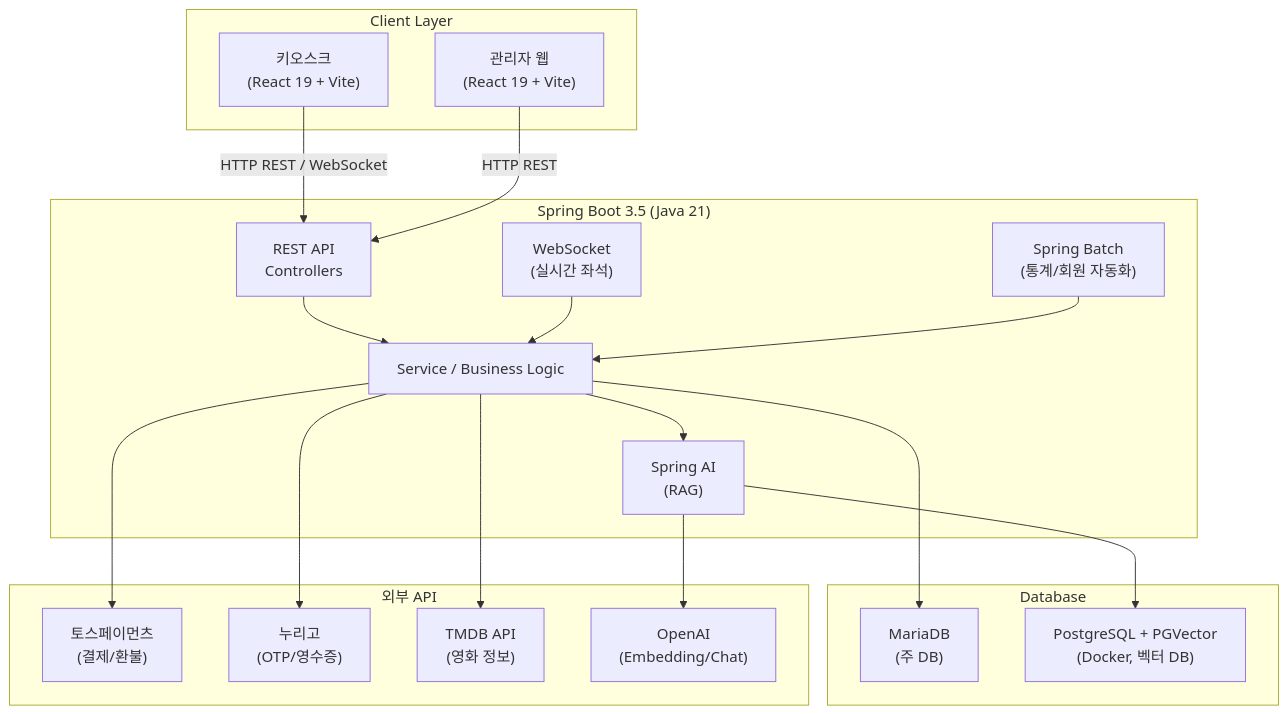
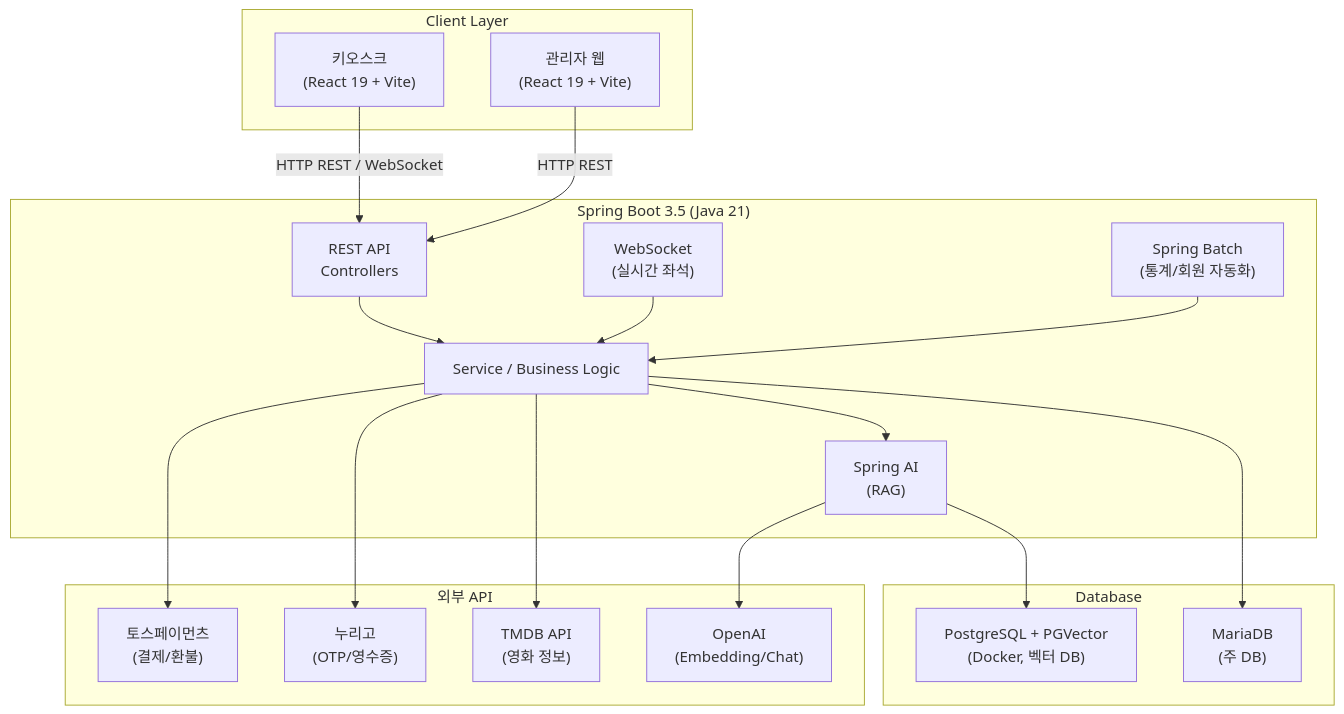
Before and after one commit to Polaris6000/cineos_view: the first of 3 diagrams in README.md, drawn with Mermaid. The commit also changed other lines of this file, not shown here.

````diff
--- a/README.md
+++ b/README.md
@@ -165,40 +218,40 @@
 ```mermaid
 graph TD
     subgraph Client["Client Layer"]
         K["키오스크\n(React 19 + Vite)"]
         A["관리자 웹\n(React 19 + Vite)"]
     end
 
     subgraph Server["Spring Boot 3.5 (Java 21)"]
         API["REST API\nControllers"]
         WS["WebSocket\n(실시간 좌석)"]
         BATCH["Spring Batch\n(통계/회원 자동화)"]
         SVC["Service / Business Logic"]
         AI["Spring AI\n(RAG)"]
     end
 
     subgraph DB["Database"]
+        PG["PostgreSQL + PGVector\n(Docker, 벡터 DB)"]
         MARIA["MariaDB\n(주 DB)"]
-        PG["PostgreSQL + PGVector\n(Docker, 벡터 DB)"]
     end
 
     subgraph External["외부 API"]
         TOSS["토스페이먼츠\n(결제/환불)"]
         SMS["누리고\n(OTP/영수증)"]
         TMDB["TMDB API\n(영화 정보)"]
         OPENAI["OpenAI\n(Embedding/Chat)"]
     end
 
     K -->|HTTP REST / WebSocket| API
     A -->|HTTP REST| API
     API --> SVC
     WS --> SVC
     BATCH --> SVC
     SVC --> AI
     SVC --> MARIA
     AI --> PG
     SVC --> TOSS
     SVC --> SMS
     SVC --> TMDB
     AI --> OPENAI
 ```
````
